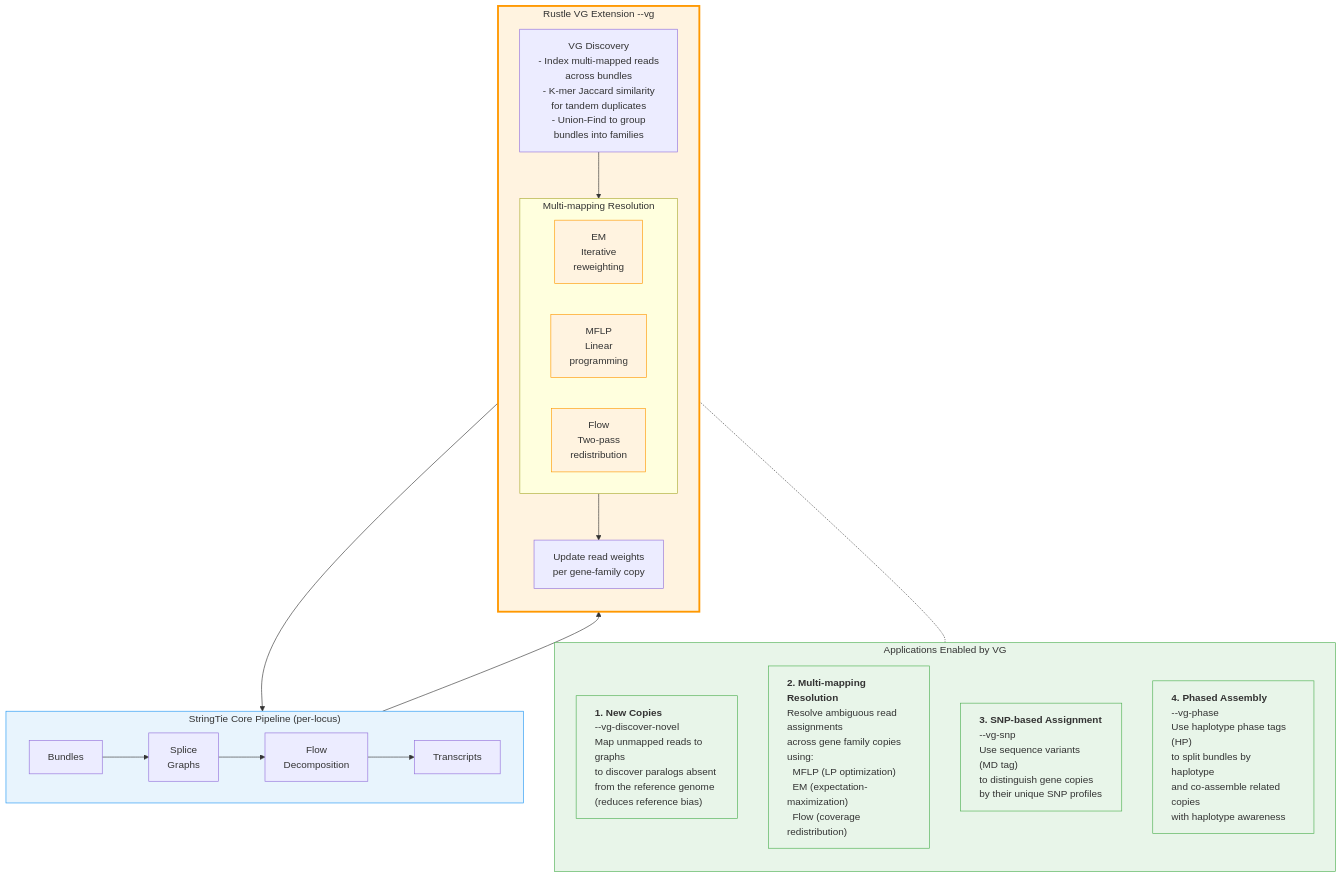
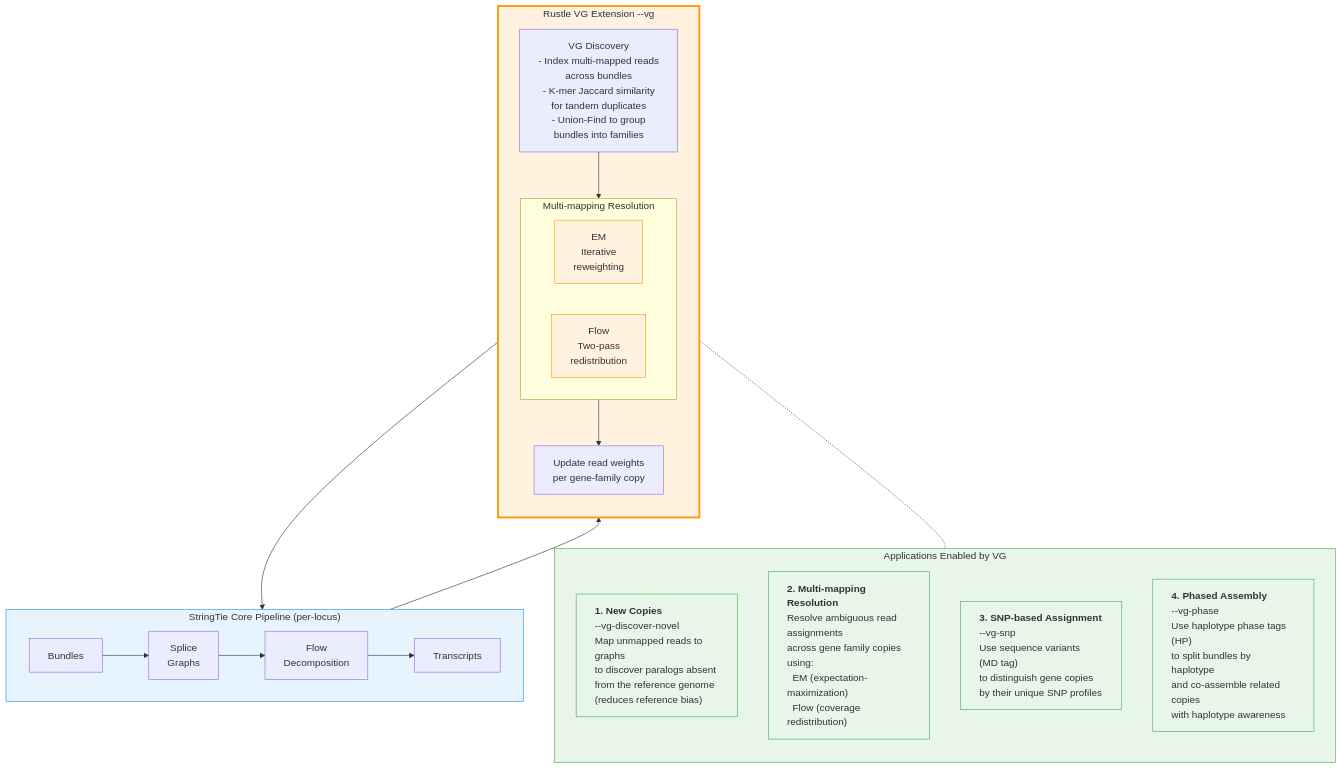
One commit to juanfraitu1/Rustle changed the second of 3 diagrams in figures/01_pipeline_overview.md. Above: the diagram before and after it, drawn with Mermaid. The commit also changed other lines of this file and 11 other files, not shown here.

````diff
--- a/figures/01_pipeline_overview.md
+++ b/figures/01_pipeline_overview.md
@@ -73,50 +73,48 @@
 ```mermaid
 flowchart TD
     subgraph STRINGTIE_CORE["StringTie Core Pipeline (per-locus)"]
         direction LR
         A["Bundles"] --> B["Splice\nGraphs"] --> C["Flow\nDecomposition"] --> D["Transcripts"]
     end
 
     subgraph VG_LAYER["Rustle VG Extension  --vg"]
         direction TB
 
         DISCOVER["VG Discovery\n- Index multi-mapped reads\n  across bundles\n- K-mer Jaccard similarity\n  for tandem duplicates\n- Union-Find to group\n  bundles into families"]
 
         subgraph SOLVERS["Multi-mapping Resolution"]
             direction LR
             EM["EM\nIterative\nreweighting"]
-            MFLP["MFLP\nLinear\nprogramming"]
             FLOW_S["Flow\nTwo-pass\nredistribution"]
         end
 
         REWEIGHT["Update read weights\nper gene-family copy"]
     end
 
     subgraph APPLICATIONS["Applications Enabled by VG"]
         direction TB
 
         APP1["<b>1. New Copies</b>\n--vg-discover-novel\nMap unmapped reads to graphs\nto discover paralogs absent\nfrom the reference genome\n(reduces reference bias)"]
 
-        APP2["<b>2. Multi-mapping Resolution</b>\nResolve ambiguous read assignments\nacross gene family copies using:\n  MFLP (LP optimization)\n  EM (expectation-maximization)\n  Flow (coverage redistribution)"]
+        APP2["<b>2. Multi-mapping Resolution</b>\nResolve ambiguous read assignments\nacross gene family copies using:\n  EM (expectation-maximization)\n  Flow (coverage redistribution)"]
 
         APP3["<b>3. SNP-based Assignment</b>\n--vg-snp\nUse sequence variants (MD tag)\nto distinguish gene copies\nby their unique SNP profiles"]
 
         APP4["<b>4. Phased Assembly</b>\n--vg-phase\nUse haplotype phase tags (HP)\nto split bundles by haplotype\nand co-assemble related copies\nwith haplotype awareness"]
     end
 
     STRINGTIE_CORE --> VG_LAYER
     DISCOVER --> SOLVERS --> REWEIGHT
     VG_LAYER --> STRINGTIE_CORE
     VG_LAYER -.- APPLICATIONS
 
     style STRINGTIE_CORE fill:#e8f4fd,stroke:#2196F3
     style VG_LAYER fill:#fff3e0,stroke:#FF9800,stroke-width:3px
     style APPLICATIONS fill:#e8f5e9,stroke:#4CAF50
     style APP1 fill:#e8f5e9,stroke:#4CAF50,text-align:left
     style APP2 fill:#e8f5e9,stroke:#4CAF50,text-align:left
     style APP3 fill:#e8f5e9,stroke:#4CAF50,text-align:left
     style APP4 fill:#e8f5e9,stroke:#4CAF50,text-align:left
     style EM fill:#fff3e0,stroke:#FF9800
-    style MFLP fill:#fff3e0,stroke:#FF9800
     style FLOW_S fill:#fff3e0,stroke:#FF9800
 ```
````
